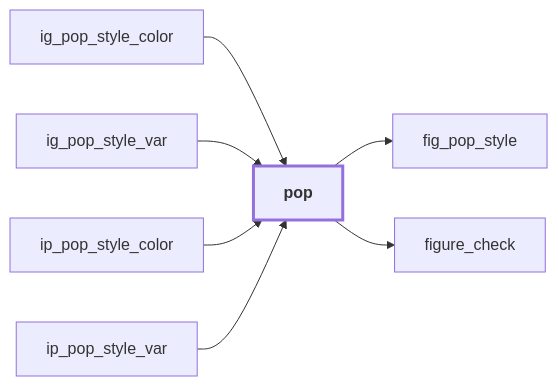
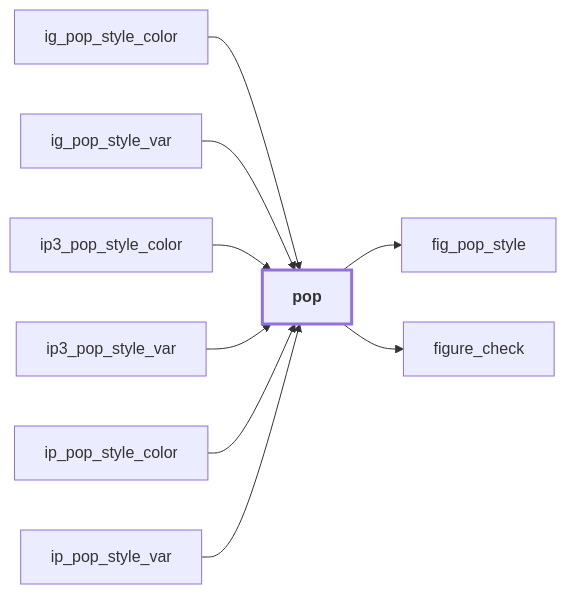
The fifth of 50 diagrams in docs/api/src/lib/figure_style.md (szaghi/figure), drawn with Mermaid before and after one commit. The commit also changed other lines of this file and 36 other files, not shown here.

````diff
--- a/docs/api/src/lib/figure_style.md
+++ b/docs/api/src/lib/figure_style.md
@@ -290,17 +321,21 @@
 ```mermaid
 flowchart LR
   ig_pop_style_color["ig_pop_style_color"] --> pop["pop"]
   ig_pop_style_var["ig_pop_style_var"] --> pop["pop"]
+  ip3_pop_style_color["ip3_pop_style_color"] --> pop["pop"]
+  ip3_pop_style_var["ip3_pop_style_var"] --> pop["pop"]
   ip_pop_style_color["ip_pop_style_color"] --> pop["pop"]
   ip_pop_style_var["ip_pop_style_var"] --> pop["pop"]
   pop["pop"] --> fig_pop_style["fig_pop_style"]
   pop["pop"] --> figure_check["figure_check"]
   classDef focus stroke-width:3px,font-weight:bold
   class pop focus
   click ig_pop_style_color href "#ig-pop-style-color" "ig_pop_style_color"
   click ig_pop_style_var href "#ig-pop-style-var" "ig_pop_style_var"
+  click ip3_pop_style_color href "#ip3-pop-style-color" "ip3_pop_style_color"
+  click ip3_pop_style_var href "#ip3-pop-style-var" "ip3_pop_style_var"
   click ip_pop_style_color href "#ip-pop-style-color" "ip_pop_style_color"
   click ip_pop_style_var href "#ip-pop-style-var" "ip_pop_style_var"
   click figure_check href "figure_base.html#figure-check" "figure_check"
   click fig_pop_style href "figure_c_native.html#fig-pop-style" "fig_pop_style"
 ```
````
